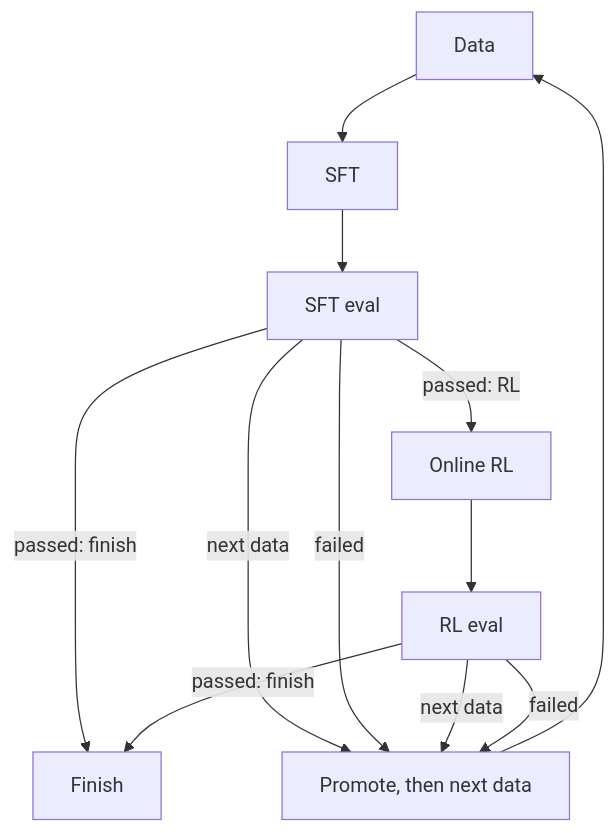
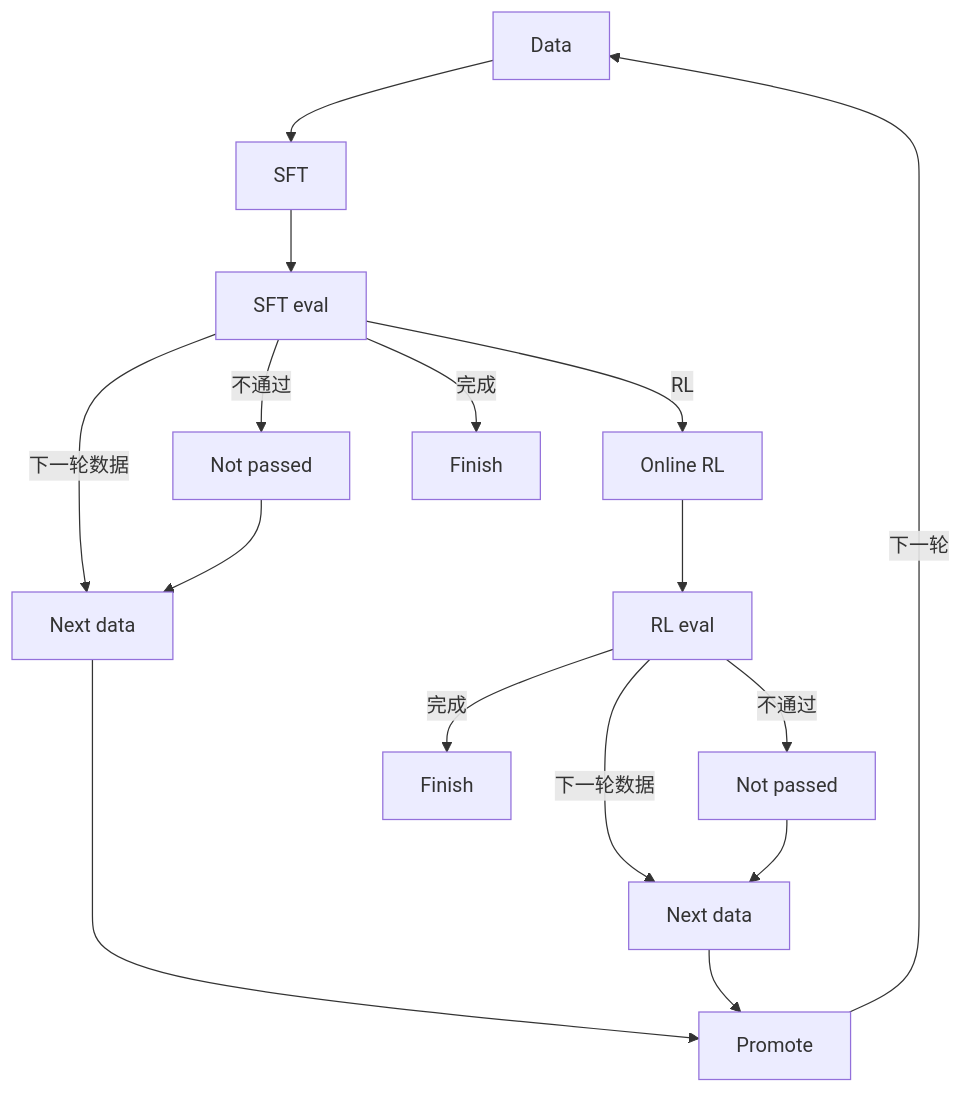
The diagram in rsi/README.md (achievec/ms-swift), drawn with Mermaid before and after one commit. The commit also changed 4 other files, not shown here.

````diff
--- a/rsi/README.md
+++ b/rsi/README.md
@@ -11,13 +11,17 @@
 ```mermaid
 flowchart TD
   data[Data] --> sft[SFT] --> se[SFT eval]
-  se -->|passed: RL| rl[Online RL]
-  se -->|passed: finish| done[Finish]
-  se -->|next data| nxt[Promote, then next data]
-  se -->|failed| nxt
+  se -->|不通过| miss[Not passed]
+  se -->|RL| rl[Online RL]
+  se -->|完成| done[Finish]
+  se -->|下一轮数据| nxt[Next data]
+  miss --> nxt
   rl --> re[RL eval]
-  re -->|passed: finish| done
-  re -->|next data| nxt
-  re -->|failed| nxt
-  nxt --> data
+  re -->|不通过| rmiss[Not passed]
+  re -->|完成| rdone[Finish]
+  re -->|下一轮数据| rnxt[Next data]
+  rmiss --> rnxt
+  nxt --> promo[Promote]
+  rnxt --> promo
+  promo -->|下一轮| data
 ```
````
